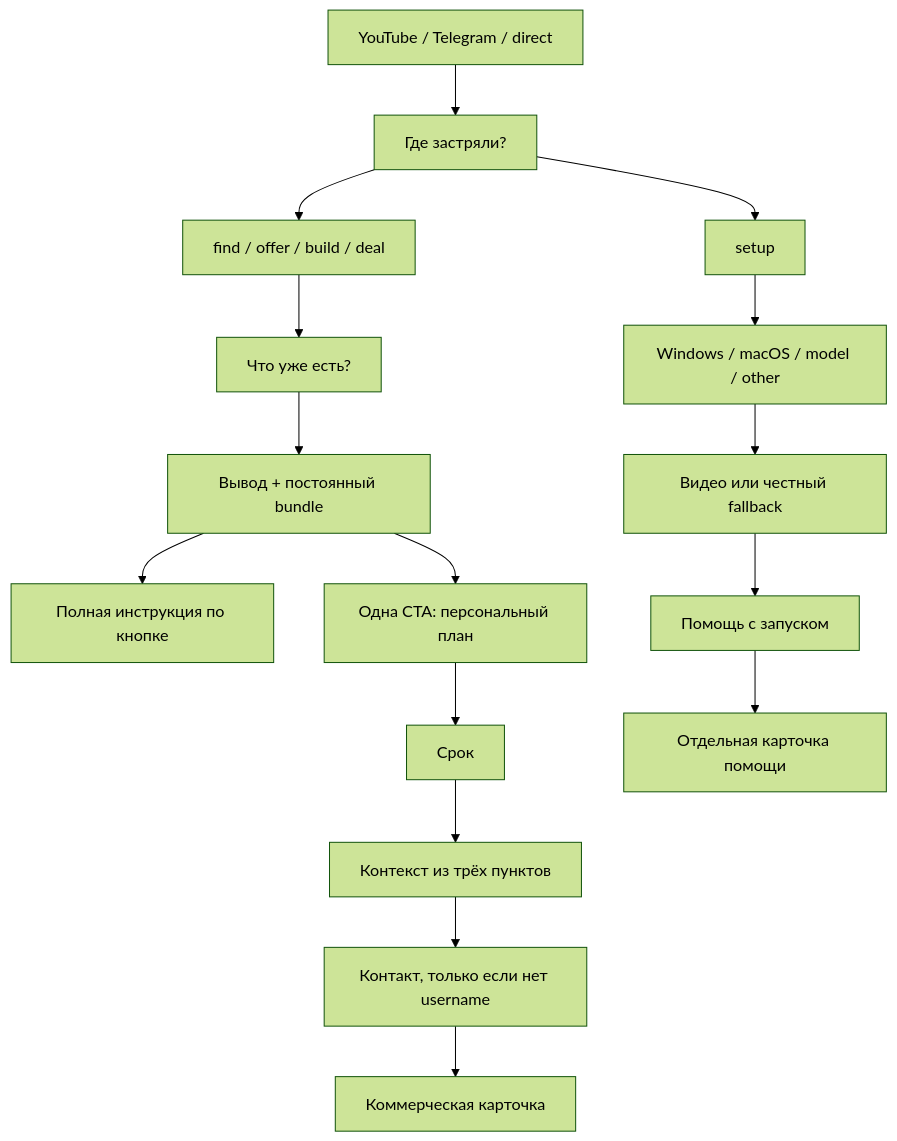
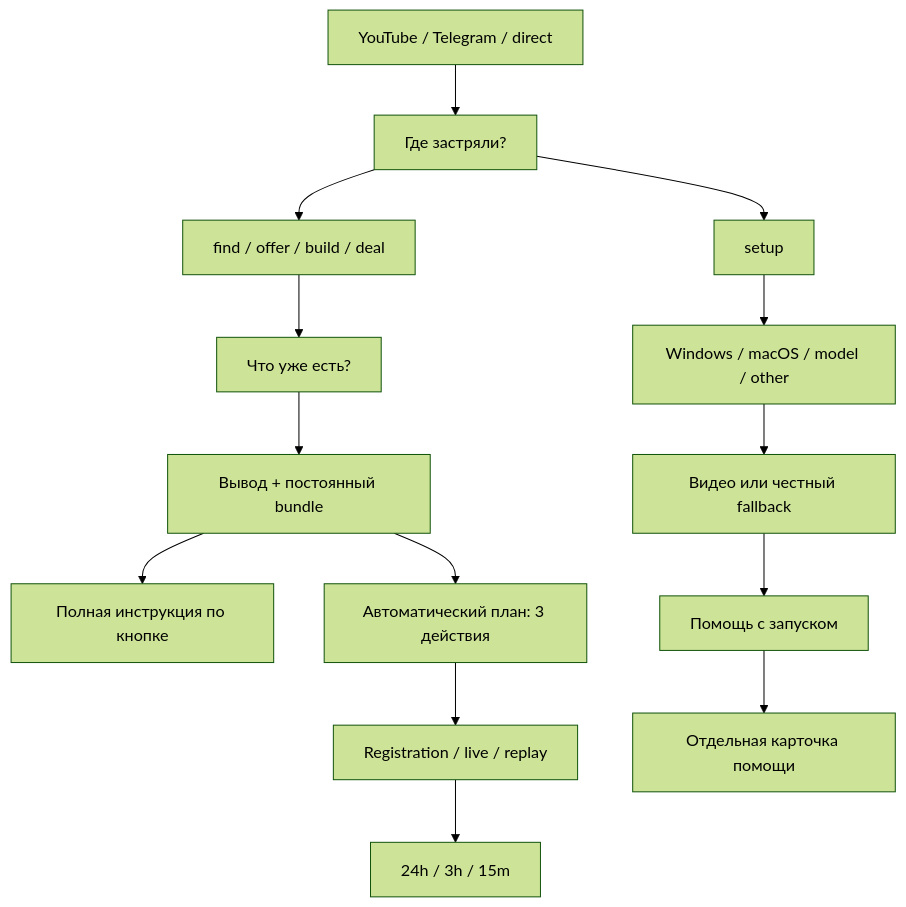
Before and after one commit to 0xAtsco/landing_rko: the second of 4 diagrams in vc_funnel_bot/ARCHITECTURE.md, drawn with Mermaid (forest theme). The commit also changed other lines of this file and 15 other files, not shown here.

Commit message:
feat(vc-funnel): add E02 webinar registration

````diff
--- a/vc_funnel_bot/ARCHITECTURE.md
+++ b/vc_funnel_bot/ARCHITECTURE.md
@@ -229,18 +235,16 @@
 ```mermaid
 flowchart TD
     Start["YouTube / Telegram / direct"] --> Q1["Где застряли?"]
     Q1 --> Business["find / offer / build / deal"]
     Q1 --> Setup["setup"]
     Business --> Q2A["Что уже есть?"]
     Setup --> Q2B["Windows / macOS / model / other"]
     Q2A --> Result["Вывод + постоянный bundle"]
     Q2B --> SetupResult["Видео или честный fallback"]
     Result --> Playbook["Полная инструкция по кнопке"]
-    Result --> Plan["Одна CTA: персональный план"]
-    Plan --> Urgency["Срок"]
-    Urgency --> Context["Контекст из трёх пунктов"]
-    Context --> Contact["Контакт, только если нет username"]
-    Contact --> Sales["Коммерческая карточка"]
+    Result --> Plan["Автоматический план: 3 действия"]
+    Plan --> Webinar["Registration / live / replay"]
+    Webinar --> Reminders["24h / 3h / 15m"]
     SetupResult --> Help["Помощь с запуском"]
     Help --> Support["Отдельная карточка помощи"]
 ```
````
